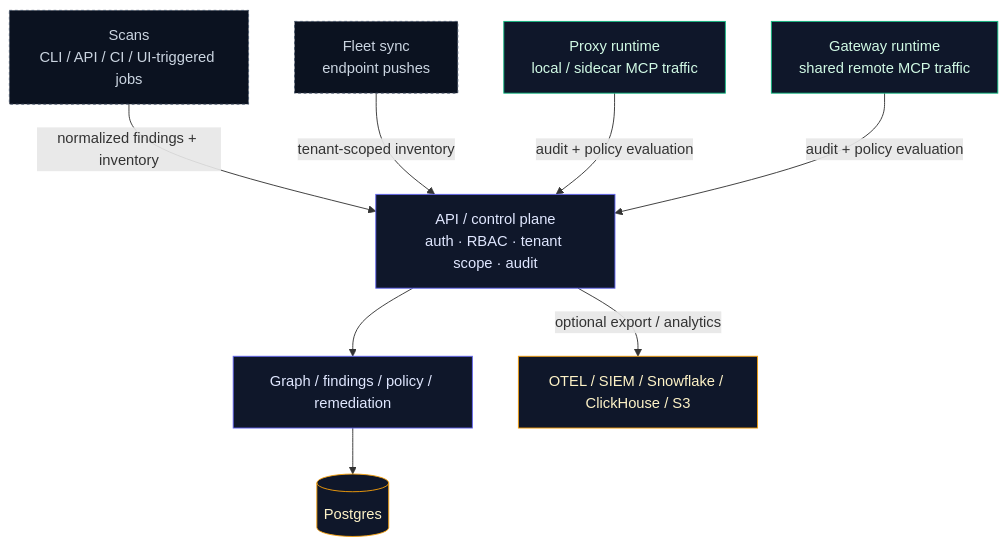
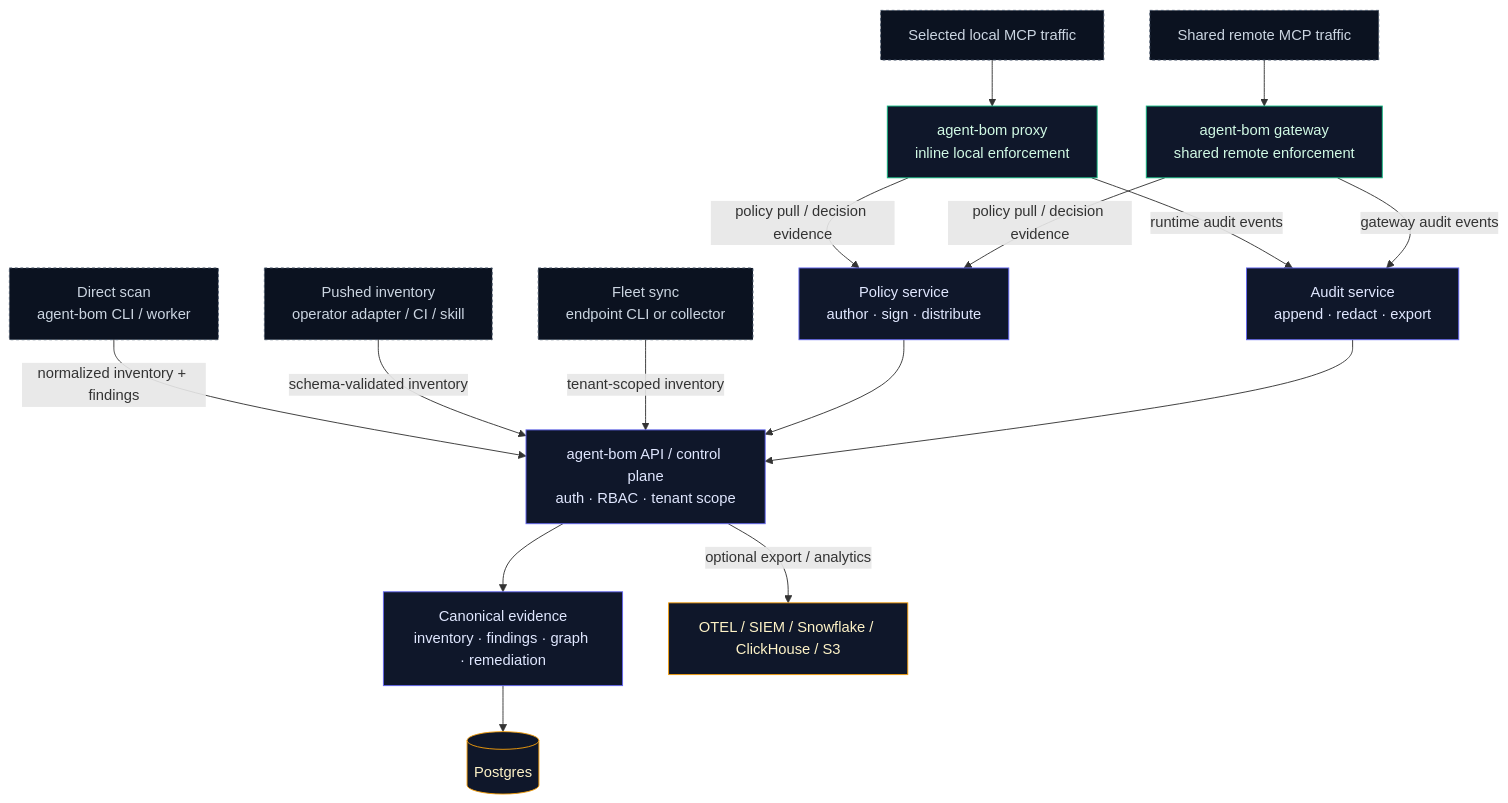
Before and after one commit to msaad00/agent-bom: the second of 2 diagrams in site-docs/deployment/overview.md, drawn with Mermaid. The commit also changed other lines of this file and 14 other files, not shown here.

First line of the commit message:
fix: preserve fleet endpoint identity in mesh (#2116)

````diff
--- a/site-docs/deployment/overview.md
+++ b/site-docs/deployment/overview.md
@@ -255,25 +271,38 @@
 ```mermaid
 flowchart TD
     classDef src fill:#0b1220,stroke:#475569,color:#cbd5e1,stroke-dasharray:3 3
     classDef proc fill:#0f172a,stroke:#6366f1,color:#e0e7ff
     classDef run fill:#0f172a,stroke:#10b981,color:#d1fae5
     classDef data fill:#0f172a,stroke:#f59e0b,color:#fef3c7
 
-    Scan["Scans<br/>CLI / API / CI / UI-triggered jobs"]:::src
-    Fleet["Fleet sync<br/>endpoint pushes"]:::src
-    Proxy["Proxy runtime<br/>local / sidecar MCP traffic"]:::run
-    Gateway["Gateway runtime<br/>shared remote MCP traffic"]:::run
+    Direct["Direct scan<br/>agent-bom CLI / worker"]:::src
+    Pushed["Pushed inventory<br/>operator adapter / CI / skill"]:::src
+    Fleet["Fleet sync<br/>endpoint CLI or collector"]:::src
+    ProxyTraffic["Selected local MCP traffic"]:::src
+    RemoteTraffic["Shared remote MCP traffic"]:::src
 
-    API["API / control plane<br/>auth · RBAC · tenant scope · audit"]:::proc
-    Graph["Graph / findings / policy / remediation"]:::proc
+    Proxy["agent-bom proxy<br/>inline local enforcement"]:::run
+    Gateway["agent-bom gateway<br/>shared remote enforcement"]:::run
+
+    API["agent-bom API / control plane<br/>auth · RBAC · tenant scope"]:::proc
+    Policy["Policy service<br/>author · sign · distribute"]:::proc
+    Audit["Audit service<br/>append · redact · export"]:::proc
+    Graph["Canonical evidence<br/>inventory · findings · graph · remediation"]:::proc
     Store[("Postgres")]:::data
     Exports["OTEL / SIEM / Snowflake / ClickHouse / S3"]:::data
 
-    Scan -->|normalized findings + inventory| API
+    Direct -->|normalized inventory + findings| API
+    Pushed -->|schema-validated inventory| API
     Fleet -->|tenant-scoped inventory| API
-    Proxy -->|audit + policy evaluation| API
-    Gateway -->|audit + policy evaluation| API
+    ProxyTraffic --> Proxy
+    RemoteTraffic --> Gateway
+    Proxy -->|policy pull / decision evidence| Policy
+    Gateway -->|policy pull / decision evidence| Policy
+    Proxy -->|runtime audit events| Audit
+    Gateway -->|gateway audit events| Audit
+    Policy --> API
+    Audit --> API
     API --> Graph
     Graph --> Store
     API -->|optional export / analytics| Exports
 ```
````
